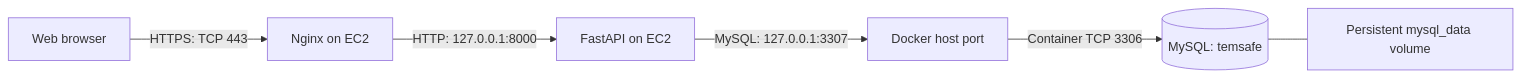
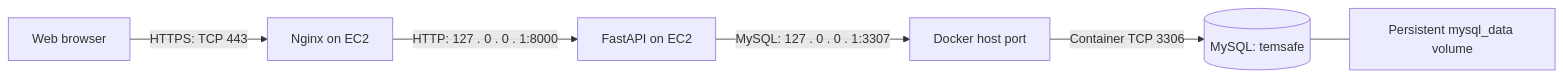
One commit to nikitsya/TempSafe changed the first of 2 diagrams in docs/operations/database-connections.md. Above: the diagram before and after it, drawn with Mermaid. The commit also changed other lines of this file and 9 other files, not shown here.

````diff
--- a/docs/operations/database-connections.md
+++ b/docs/operations/database-connections.md
@@ -34,8 +34,8 @@
 ```mermaid
 flowchart LR
     Browser[Web browser] -->|HTTPS: TCP 443| Nginx[Nginx on EC2]
-    Nginx -->|HTTP: 127.0.0.1:8000| API[FastAPI on EC2]
-    API -->|MySQL: 127.0.0.1:3307| Port[Docker host port]
+    Nginx -->|HTTP: 127 . 0 . 0 . 1:8000| API[FastAPI on EC2]
+    API -->|MySQL: 127 . 0 . 0 . 1:3307| Port[Docker host port]
     Port -->|Container TCP 3306| DB[(MySQL: temsafe)]
     DB --- Volume[Persistent mysql_data volume]
 ```
````
